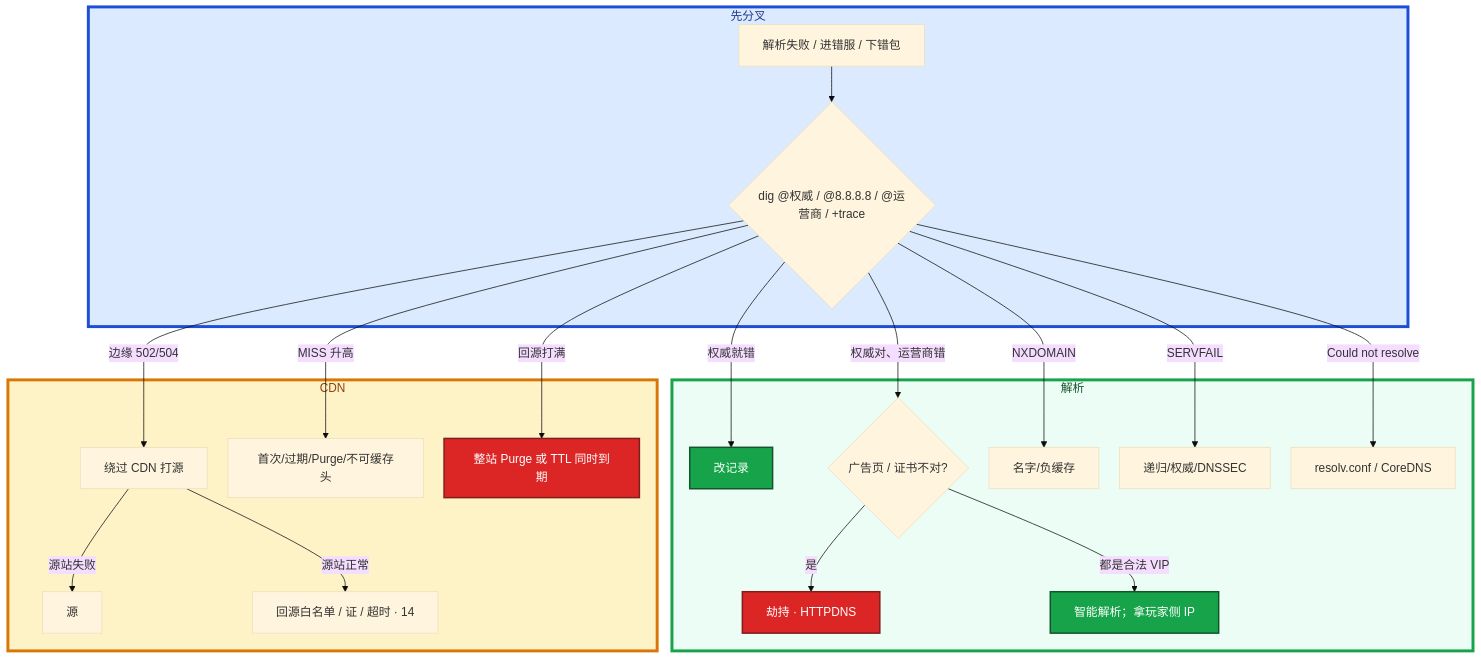
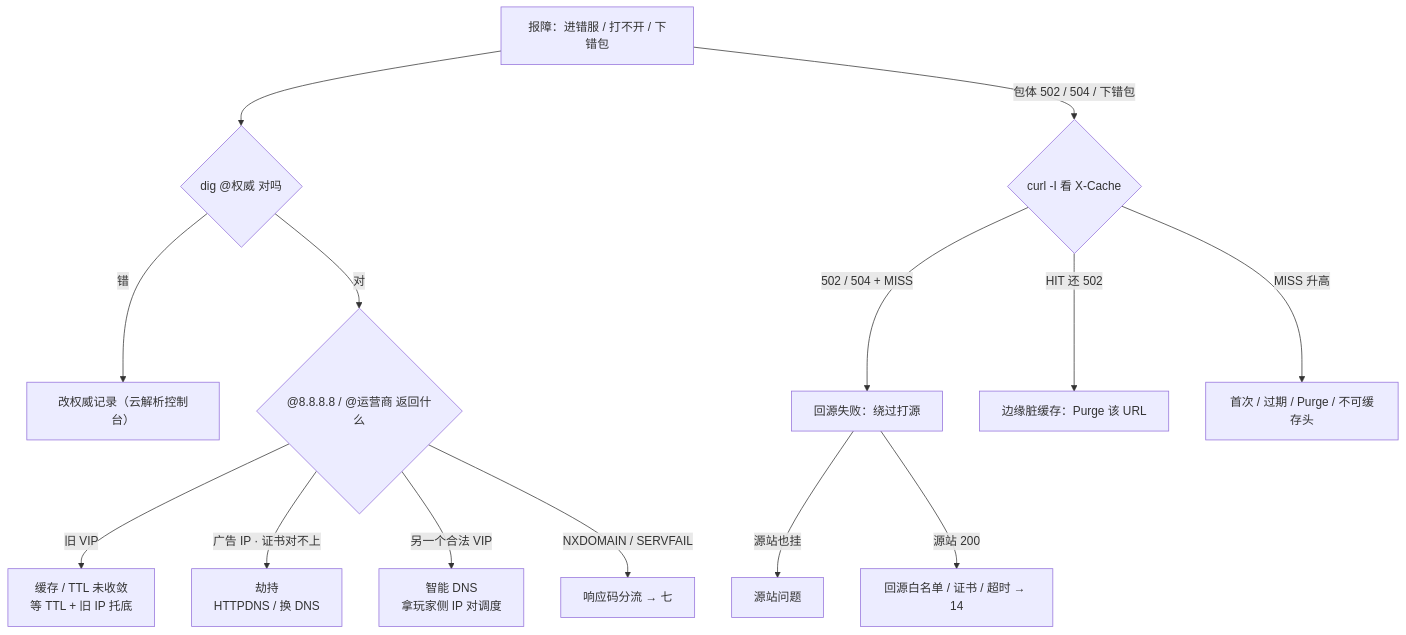
One commit to ml-cuizijun/LearnToLilith changed the seventh of 7 diagrams in 01-基础底座/15-DNS与CDN/知识点.md. Above: the diagram before and after it, drawn with Mermaid. The commit also changed other lines of this file and 470 other files, not shown here.

````diff
--- a/01-基础底座/15-DNS与CDN/知识点.md
+++ b/01-基础底座/15-DNS与CDN/知识点.md
@@ -868,34 +419,16 @@
 ```mermaid
-%%{init: {"flowchart": {"padding": 16, "nodeSpacing": 28, "rankSpacing": 48}, "theme": "base"}}%%
 flowchart TB
-    subgraph gate ["先分叉"]
-        A[解析失败 / 进错服 / 下错包] --> B{dig @权威 / @8.8.8.8 / @运营商 / +trace}
-    end
-
-    subgraph dns ["解析"]
-        B -->|权威就错| C[改记录]
-        B -->|权威对、运营商错| D{广告页 / 证书不对?}
-        D -->|是| E[劫持 · HTTPDNS]
-        D -->|都是合法 VIP| F[智能解析；拿玩家侧 IP]
-        B -->|NXDOMAIN| G[名字/负缓存]
-        B -->|SERVFAIL| H[递归/权威/DNSSEC]
-        B -->|Could not resolve| I[resolv.conf / CoreDNS]
-    end
-
-    subgraph cdn ["CDN"]
-        B -->|边缘 502/504| J[绕过 CDN 打源]
-        J -->|源站失败| K[源]
-        J -->|源站正常| L[回源白名单 / 证 / 超时 · 14]
-        B -->|MISS 升高| M[首次/过期/Purge/不可缓存头]
-        B -->|回源打满| N[整站 Purge 或 TTL 同时到期]
-    end
-
-    classDef bad fill:#DC2626,stroke:#7F1D1D,stroke-width:2px,color:#fff
-    classDef ok fill:#16A34A,stroke:#14532D,stroke-width:2px,color:#fff
-    class E,N bad
-    class C,F ok
-
-    style gate fill:#DBEAFE,stroke:#1D4ED8,stroke-width:4px,color:#1E3A8A
-    style dns fill:#ECFDF5,stroke:#16A34A,stroke-width:4px,color:#14532D
-    style cdn fill:#FEF3C7,stroke:#D97706,stroke-width:4px,color:#92400E
+    A["报障：进错服 / 打不开 / 下错包"] --> B{"dig @权威 对吗"}
+    B -->|错| C["改权威记录（云解析控制台）"]
+    B -->|对| D{"@8.8.8.8 / @运营商 返回什么"}
+    D -->|旧 VIP| E["缓存 / TTL 未收敛<br/>等 TTL + 旧 IP 托底"]
+    D -->|广告 IP · 证书对不上| F["劫持<br/>HTTPDNS / 换 DNS"]
+    D -->|另一个合法 VIP| G["智能 DNS<br/>拿玩家侧 IP 对调度"]
+    D -->|NXDOMAIN / SERVFAIL| H["响应码分流 → 七"]
+    A -->|包体 502 / 504 / 下错包| I{"curl -I 看 X-Cache"}
+    I -->|"502 / 504 + MISS"| J["回源失败：绕过打源"]
+    J -->|源站也挂| K["源站问题"]
+    J -->|源站 200| L["回源白名单 / 证书 / 超时 → 14"]
+    I -->|"HIT 还 502"| M["边缘脏缓存：Purge 该 URL"]
+    I -->|MISS 升高| N["首次 / 过期 / Purge / 不可缓存头"]
 ```
````
